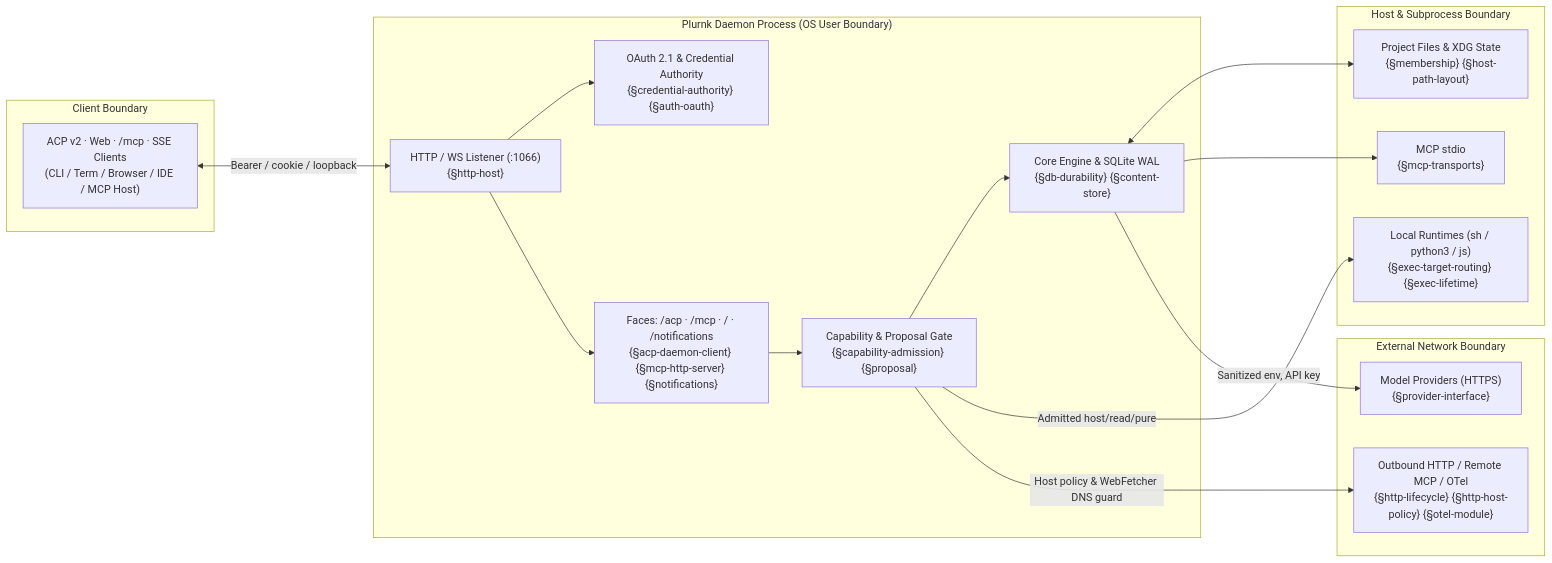
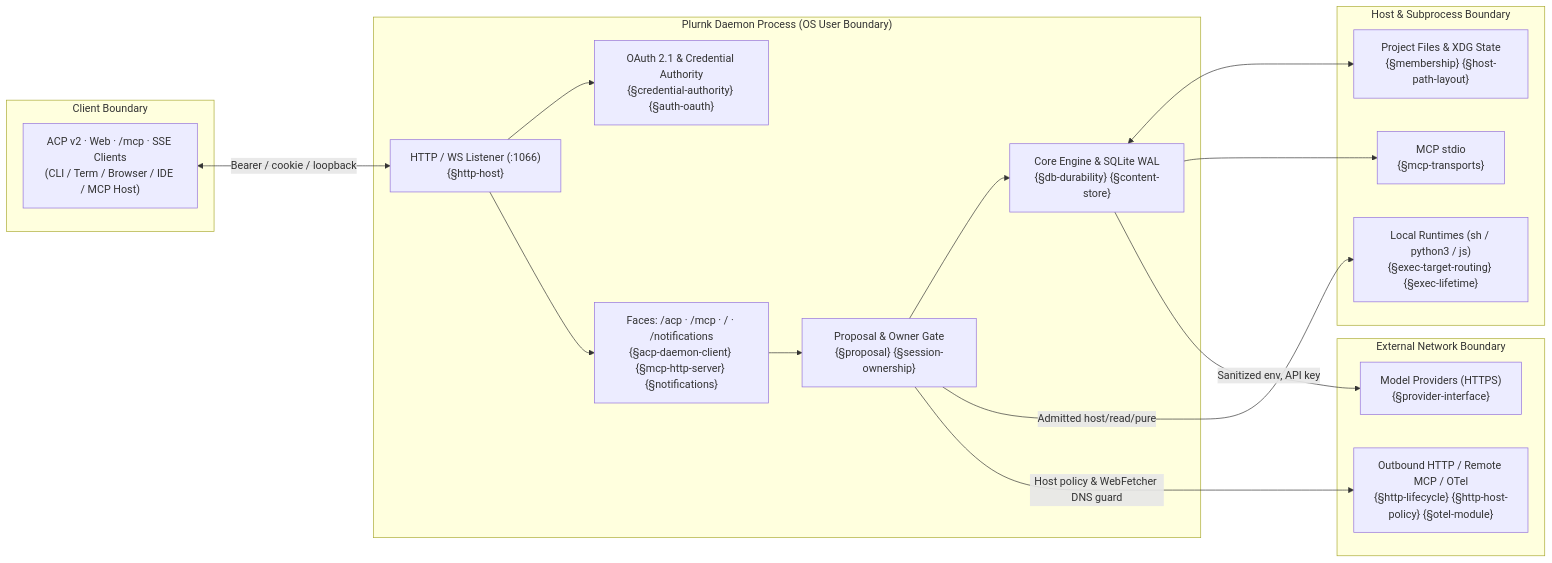
The diagram in ASSURANCE.md (plurnk/plurnk-service), drawn with Mermaid before and after one commit. The commit also changed other lines of this file and 319 other files, not shown here.

````diff
--- a/ASSURANCE.md
+++ b/ASSURANCE.md
@@ -17,36 +17,36 @@
 ```mermaid
 flowchart LR
     subgraph ClientBoundary["Client Boundary"]
         Client["ACP v2 · Web · /mcp · SSE Clients<br/>(CLI / Term / Browser / IDE / MCP Host)"]
     end
 
     subgraph DaemonBoundary["Plurnk Daemon Process (OS User Boundary)"]
         Listener["HTTP / WS Listener (:1066)<br/>{§http-host}"]
         Auth["OAuth 2.1 & Credential Authority<br/>{§credential-authority} {§auth-oauth}"]
         Faces["Faces: /acp · /mcp · / · /notifications<br/>{§acp-daemon-client} {§mcp-http-server} {§notifications}"]
-        Coordinator["Capability & Proposal Gate<br/>{§capability-admission} {§proposal}"]
+        Coordinator["Proposal & Owner Gate<br/>{§proposal} {§session-ownership}"]
         Engine["Core Engine & SQLite WAL<br/>{§db-durability} {§content-store}"]
     end
 
     subgraph LocalHost["Host & Subprocess Boundary"]
         FS["Project Files & XDG State<br/>{§membership} {§host-path-layout}"]
         Exec["Local Runtimes (sh / python3 / js)<br/>{§exec-target-routing} {§exec-lifetime}"]
         MCPStdio["MCP stdio<br/>{§mcp-transports}"]
     end
 
     subgraph ExternalNetwork["External Network Boundary"]
         Providers["Model Providers (HTTPS)<br/>{§provider-interface}"]
         RemoteHTTP["Outbound HTTP / Remote MCP / OTel<br/>{§http-lifecycle} {§http-host-policy} {§otel-module}"]
     end
 
     Client <-->|"Bearer / cookie / loopback"| Listener
     Listener --> Auth
     Listener --> Faces
     Faces --> Coordinator
     Coordinator --> Engine
     Engine <--> FS
     Coordinator -->|"Admitted host/read/pure"| Exec
     Engine --> MCPStdio
     Engine -->|"Sanitized env, API key"| Providers
     Coordinator -->|"Host policy & WebFetcher DNS guard"| RemoteHTTP
 ```
````
